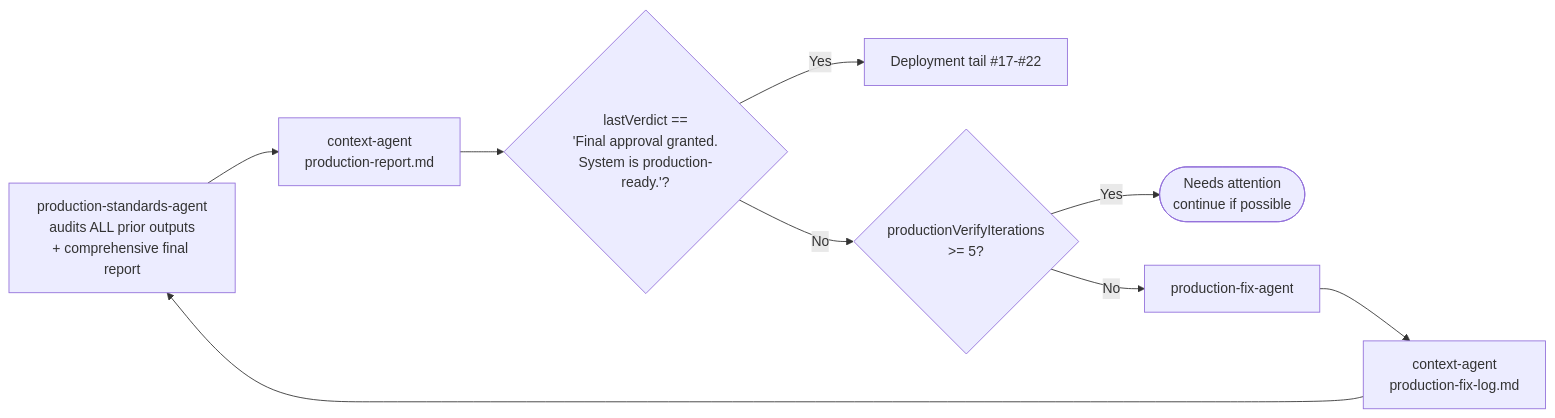
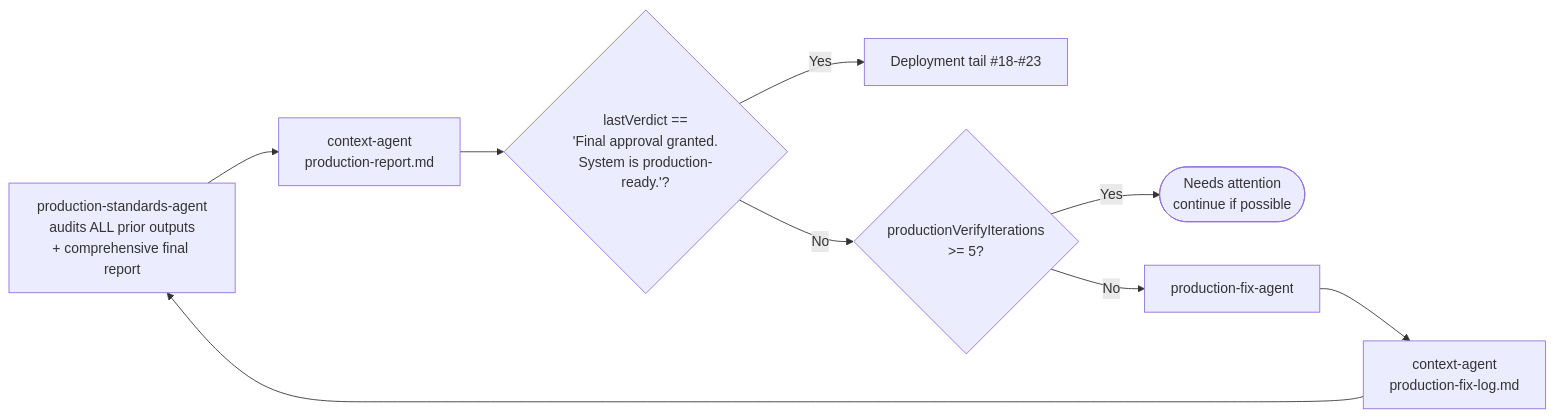
Diagram 13 of 18 in .cursor/agents/ARCHITECTURE.md (Raghavendrareddyn04/cursor-agents), drawn with Mermaid before and after one commit. The commit also changed other lines of this file and 34 other files, not shown here.

````diff
--- a/.cursor/agents/ARCHITECTURE.md
+++ b/.cursor/agents/ARCHITECTURE.md
@@ -579,11 +589,11 @@
 ```mermaid
 flowchart LR
     A["production-standards-agent<br/>audits ALL prior outputs<br/>+ comprehensive final report"] --> B["context-agent<br/>production-report.md"]
     B --> C{"lastVerdict ==<br/>'Final approval granted.<br/>System is production-ready.'?"}
-    C -->|Yes| DEPLOY[Deployment tail #17-#22]
+    C -->|Yes| DEPLOY[Deployment tail #18-#23]
     C -->|No| D{productionVerifyIterations<br/>>= 5?}
     D -->|Yes| Stop([Needs attention<br/>continue if possible])
     D -->|No| E[production-fix-agent]
     E --> F["context-agent<br/>production-fix-log.md"]
     F --> A
 ```
````
